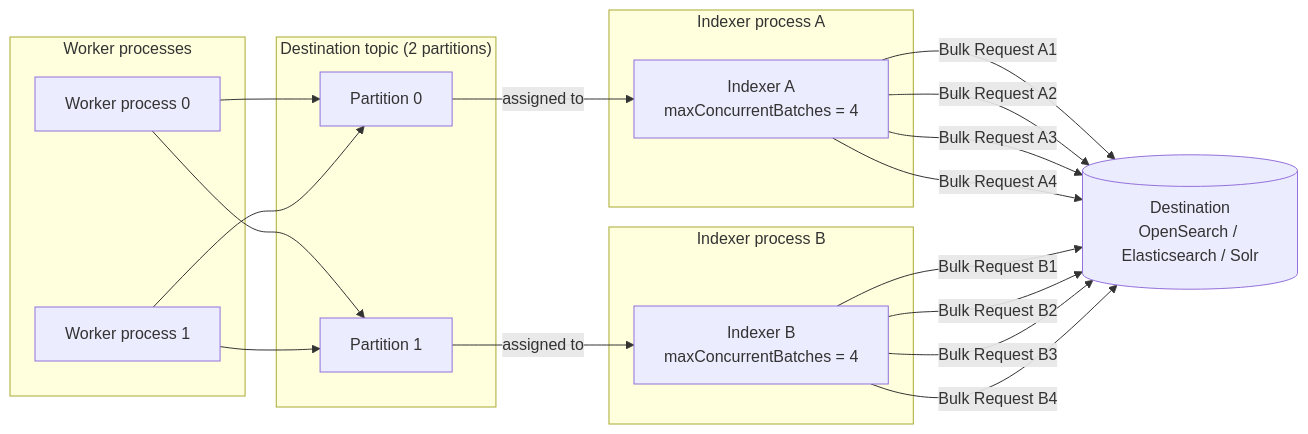
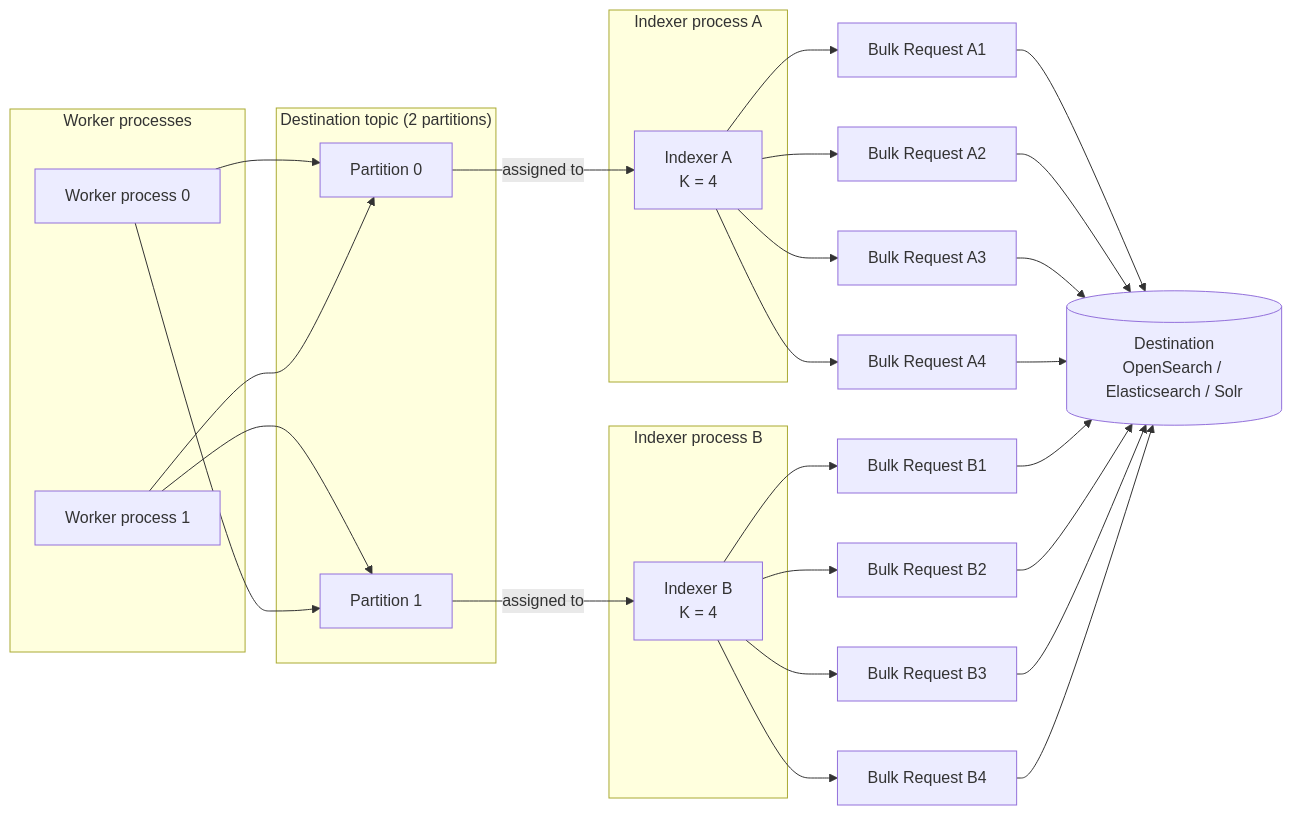
Before and after one commit to kmwtechnology/lucille: the fifth of 5 diagrams in doc/site/content/en/docs/operations/indexing-throughput/indexing-fan-out.md, drawn with Mermaid. The commit also changed other lines of this file, not shown here.

Commit message:
refine diagrams

````diff
--- a/doc/site/content/en/docs/operations/indexing-throughput/indexing-fan-out.md
+++ b/doc/site/content/en/docs/operations/indexing-throughput/indexing-fan-out.md
@@ -235,40 +236,40 @@
 ```mermaid
 flowchart LR
     subgraph WORKERS["Worker processes"]
         WP0["Worker process 0"]
         WP1["Worker process 1"]
     end
 
     subgraph DT["Destination topic (2 partitions)"]
         DP0["Partition 0"]
         DP1["Partition 1"]
     end
 
     subgraph IP0["Indexer process A"]
-        IDX0["Indexer A<br/>maxConcurrentBatches = 4"]
+        IDX0["Indexer A<br/>K = 4"]
     end
 
     subgraph IP1["Indexer process B"]
-        IDX1["Indexer B<br/>maxConcurrentBatches = 4"]
+        IDX1["Indexer B<br/>K = 4"]
     end
 
     DEST[("Destination<br/>OpenSearch / Elasticsearch / Solr")]
 
     WP0 --> DP0
+    WP1 --> DP1
     WP0 --> DP1
     WP1 --> DP0
-    WP1 --> DP1
 
     DP0 -->|assigned to| IDX0
     DP1 -->|assigned to| IDX1
 
-    IDX0 -->|"Bulk Request A1"| DEST
-    IDX0 -->|"Bulk Request A2"| DEST
-    IDX0 -->|"Bulk Request A3"| DEST
-    IDX0 -->|"Bulk Request A4"| DEST
+    IDX0 --> RA1["Bulk Request A1"] --> DEST
+    IDX0 --> RA2["Bulk Request A2"] --> DEST
+    IDX0 --> RA3["Bulk Request A3"] --> DEST
+    IDX0 --> RA4["Bulk Request A4"] --> DEST
 
-    IDX1 -->|"Bulk Request B1"| DEST
-    IDX1 -->|"Bulk Request B2"| DEST
-    IDX1 -->|"Bulk Request B3"| DEST
-    IDX1 -->|"Bulk Request B4"| DEST
+    IDX1 --> RB1["Bulk Request B1"] --> DEST
+    IDX1 --> RB2["Bulk Request B2"] --> DEST
+    IDX1 --> RB3["Bulk Request B3"] --> DEST
+    IDX1 --> RB4["Bulk Request B4"] --> DEST
 ```
````
